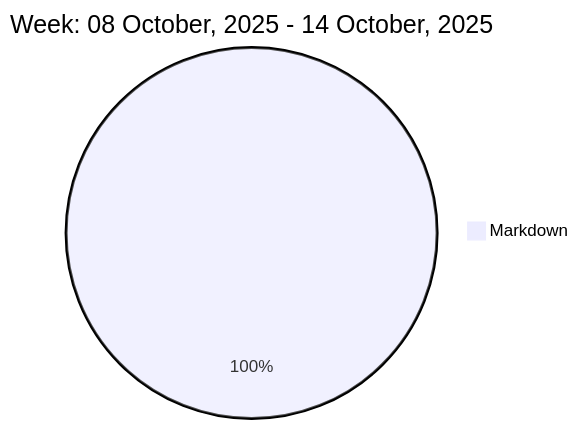
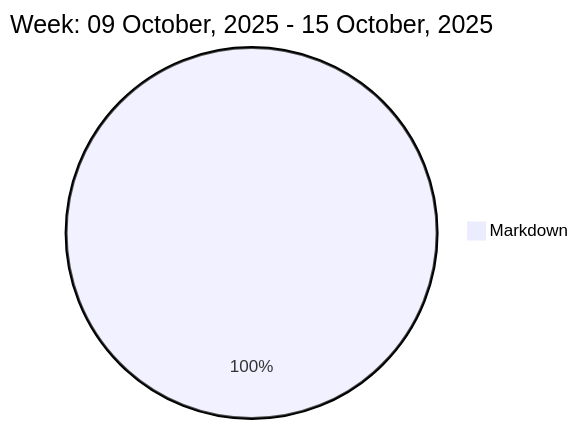
The diagram in README.md (liubin95/liubin95), drawn with Mermaid before and after one commit.

Commit message:
Updated the Graph with new Metrics

````diff
--- a/README.md
+++ b/README.md
@@ -37,5 +37,5 @@
 ```mermaid
  pie
-title Week: 08 October, 2025 - 14 October, 2025
- "Markdown" : 1.72
+title Week: 09 October, 2025 - 15 October, 2025
+ "Markdown" : 2.47
 ```
````
